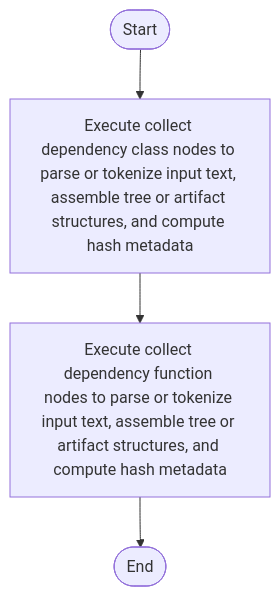
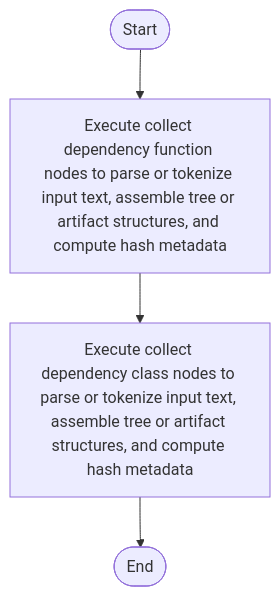
One commit to JohnAndrewBalbarosa/NeoTerritory changed the diagram in docs/Codebase/Microservice/Modules/Source/SyntacticBrokenAST/ParseTree/dependency_utils.cpp.md. Above: the diagram before and after it, drawn with Mermaid. The commit also changed 148 other files, not shown here.

````diff
--- a/docs/Codebase/Microservice/Modules/Source/SyntacticBrokenAST/ParseTree/dependency_utils.cpp.md
+++ b/docs/Codebase/Microservice/Modules/Source/SyntacticBrokenAST/ParseTree/dependency_utils.cpp.md
@@ -22,10 +22,10 @@
 ```mermaid
 flowchart TD
     Start([Start])
-    N0[Execute collect dependency class nodes to parse or tokenize input text, assemble tree or artifact structures, and compute hash metadata]
-    N1[Execute collect dependency function nodes to parse or tokenize input text, assemble tree or artifact structures, and compute hash metadata]
+    N0[Execute collect dependency function nodes to parse or tokenize input text, assemble tree or artifact structures, and compute hash metadata]
+    N1[Execute collect dependency class nodes to parse or tokenize input text, assemble tree or artifact structures, and compute hash metadata]
     End([End])
     Start --> N0
     N0 --> N1
     N1 --> End
 ```
````
